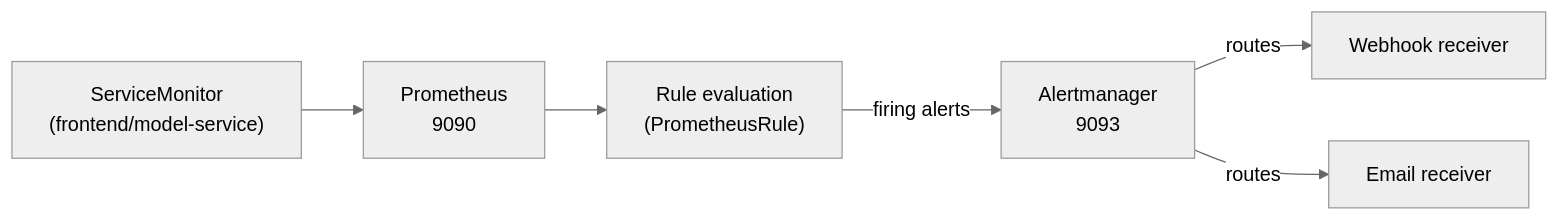
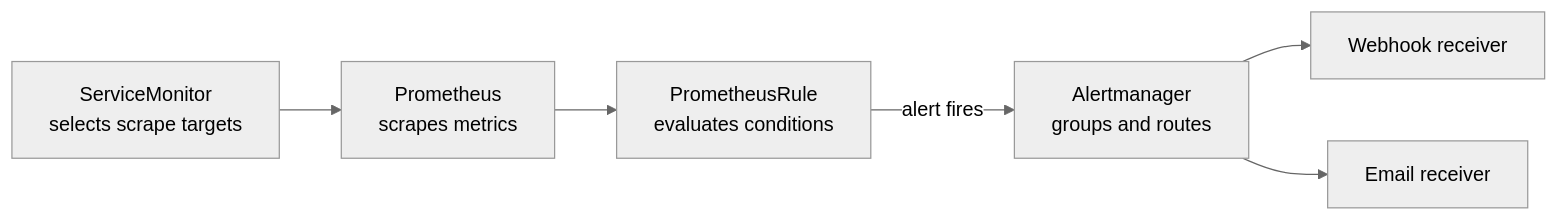
Before and after one commit to doda25-team23/operation: the third of 3 diagrams in docs/deployment.md, drawn with Mermaid (neutral theme). The commit also changed other lines of this file and 1 other file, not shown here.

````diff
--- a/docs/deployment.md
+++ b/docs/deployment.md
@@ -257,8 +262,8 @@
 ```mermaid
 flowchart LR
-  S["ServiceMonitor<br/>(frontend/model-service)"] --> P["Prometheus<br/>9090"]
-  P --> R["Rule evaluation<br/>(PrometheusRule)"]
-  R -->|firing alerts| A["Alertmanager<br/>9093"]
-  A -->|routes| W["Webhook receiver"]
-  A -->|routes| E["Email receiver"]
+  SM["ServiceMonitor<br/>selects scrape targets"] --> P["Prometheus<br/>scrapes metrics"]
+  P --> R["PrometheusRule<br/>evaluates conditions"]
+  R -->|"alert fires"| A["Alertmanager<br/>groups and routes"]
+  A --> W["Webhook receiver"]
+  A --> E["Email receiver"]
 ```
````
